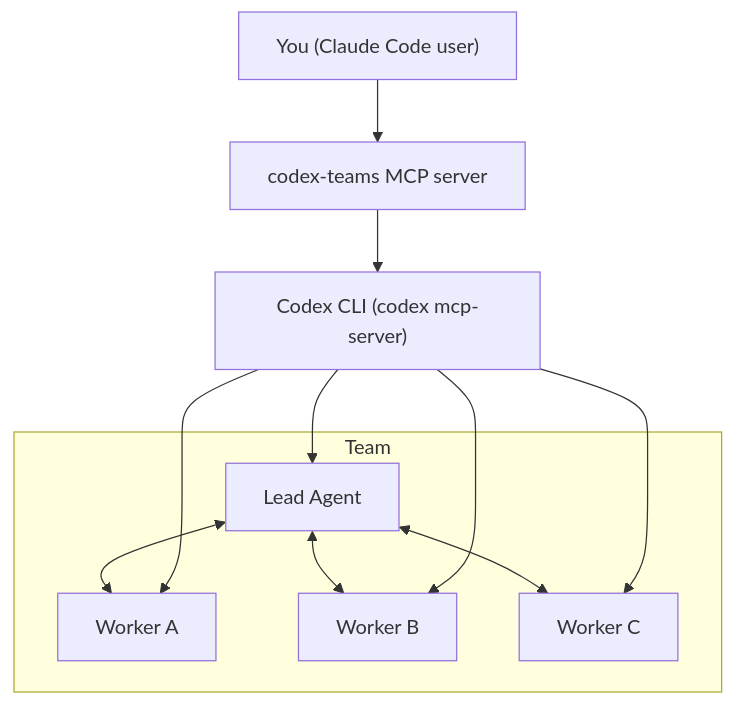
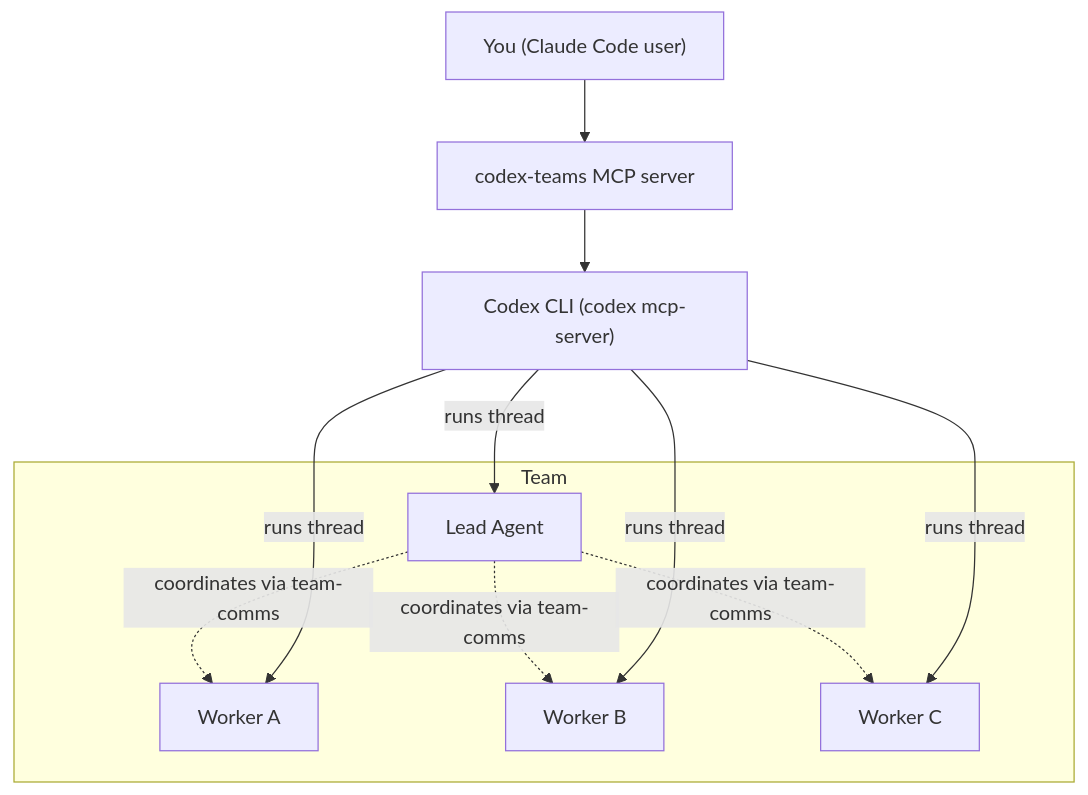
The diagram in README.md (skrabe/codex-teams), drawn with Mermaid before and after one commit. The commit also changed other lines of this file, not shown here.

````diff
--- a/README.md
+++ b/README.md
@@ -134,20 +134,20 @@
 ```mermaid
 graph TD
     U["You (Claude Code user)"] --> CT["codex-teams MCP server"]
     CT --> C["Codex CLI (codex mcp-server)"]
 
     subgraph "Team"
       L["Lead Agent"]
       W1["Worker A"]
       W2["Worker B"]
       W3["Worker C"]
-      L <--> W1
-      L <--> W2
-      L <--> W3
+      L -.->|"coordinates via team-comms"| W1
+      L -.->|"coordinates via team-comms"| W2
+      L -.->|"coordinates via team-comms"| W3
     end
 
-    C --> L
-    C --> W1
-    C --> W2
-    C --> W3
+    C -->|runs thread| L
+    C -->|runs thread| W1
+    C -->|runs thread| W2
+    C -->|runs thread| W3
 ```
````
